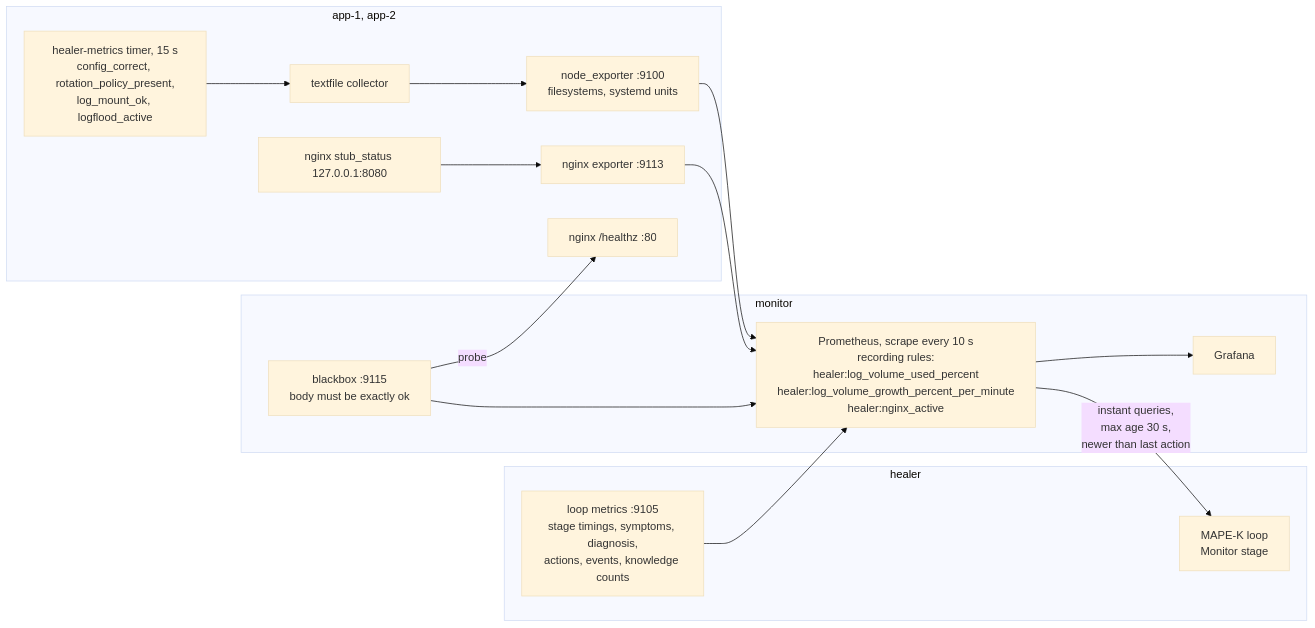
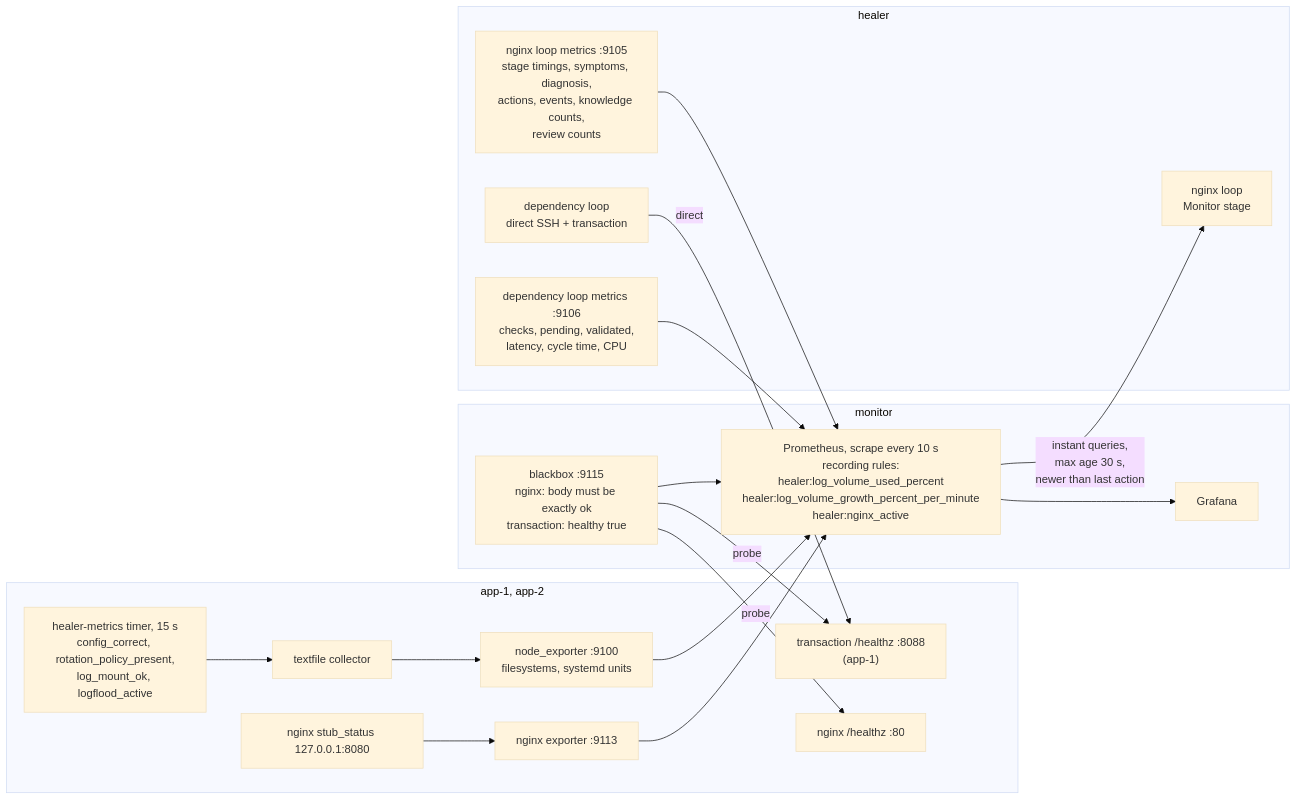
The ninth of 11 diagrams in docs/architecture.md (TusharShingrani/Self-healing-infrastructure), drawn with Mermaid (base theme) before and after one commit. The commit also changed other lines of this file and 11 other files, not shown here.

First line of the commit message:
Bring docs and diagrams in line with the reviewed two-loop setup

````diff
--- a/docs/architecture.md
+++ b/docs/architecture.md
@@ -259,25 +317,31 @@
 ```mermaid
 flowchart LR
     subgraph app["app-1, app-2"]
         t["healer-metrics timer, 15 s<br/>config_correct, rotation_policy_present,<br/>log_mount_ok, logflood_active"] --> tf["textfile collector"]
         tf --> ne["node_exporter :9100<br/>filesystems, systemd units"]
         so["nginx stub_status 127.0.0.1:8080"] --> nx["nginx exporter :9113"]
         hz["nginx /healthz :80"]
+        txz["transaction /healthz :8088<br/>(app-1)"]
     end
     subgraph mon["monitor"]
-        bb["blackbox :9115<br/>body must be exactly ok"]
+        bb["blackbox :9115<br/>nginx: body must be exactly ok<br/>transaction: healthy true"]
         pr["Prometheus, scrape every 10 s<br/>recording rules:<br/>healer:log_volume_used_percent<br/>healer:log_volume_growth_percent_per_minute<br/>healer:nginx_active"]
         gr["Grafana"]
     end
     subgraph hl["healer"]
-        lp["MAPE-K loop<br/>Monitor stage"]
-        mx["loop metrics :9105<br/>stage timings, symptoms, diagnosis,<br/>actions, events, knowledge counts"]
+        lp["nginx loop<br/>Monitor stage"]
+        mx["nginx loop metrics :9105<br/>stage timings, symptoms, diagnosis,<br/>actions, events, knowledge counts,<br/>review counts"]
+        il["dependency loop<br/>direct SSH + transaction"]
+        imx["dependency loop metrics :9106<br/>checks, pending, validated,<br/>latency, cycle time, CPU"]
     end
     ne --> pr
     nx --> pr
     bb -- probe --> hz
+    bb -- probe --> txz
     bb --> pr
     mx --> pr
+    imx --> pr
     pr --> gr
     pr -- "instant queries,<br/>max age 30 s,<br/>newer than last action" --> lp
+    il -- "direct" --> txz
 ```
````
